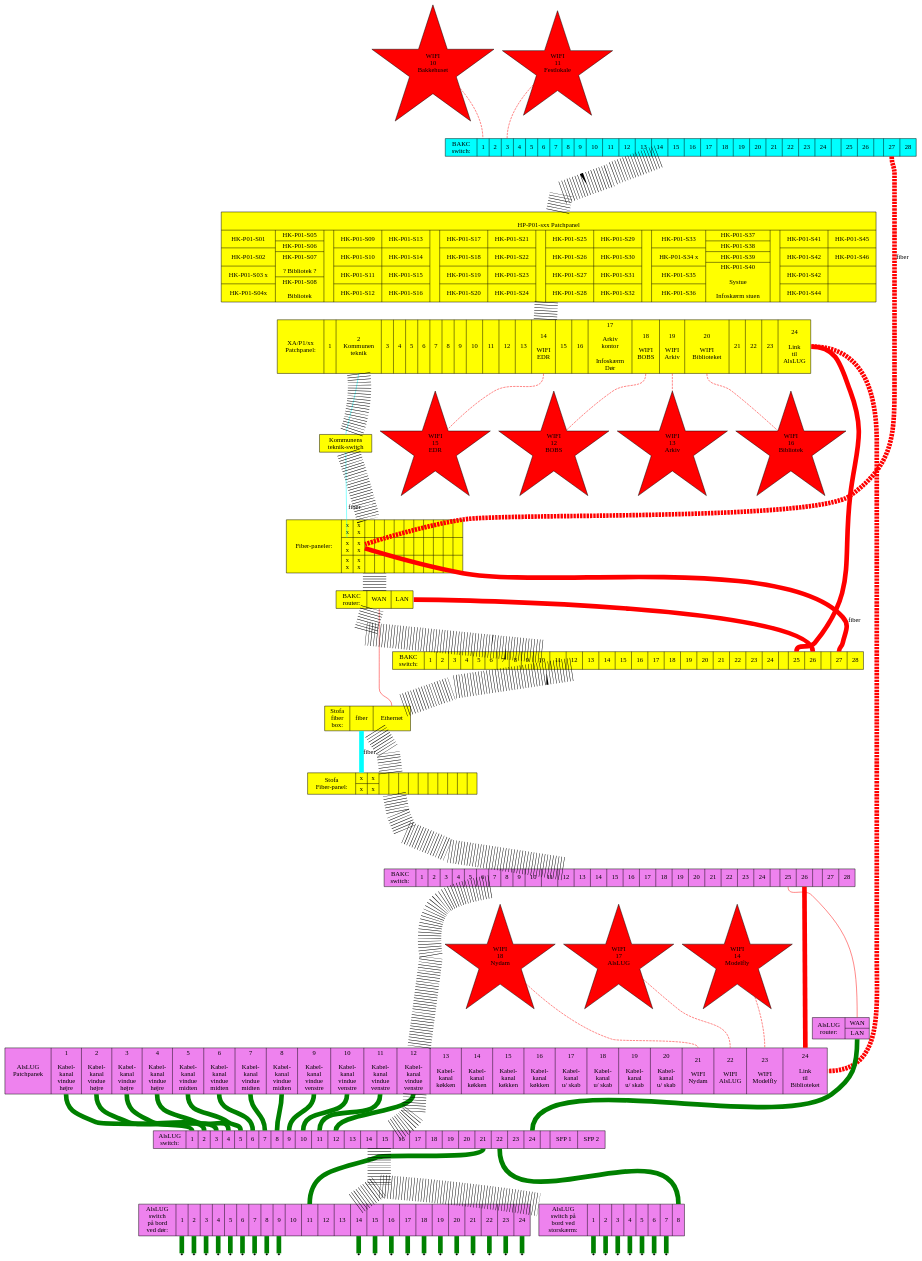
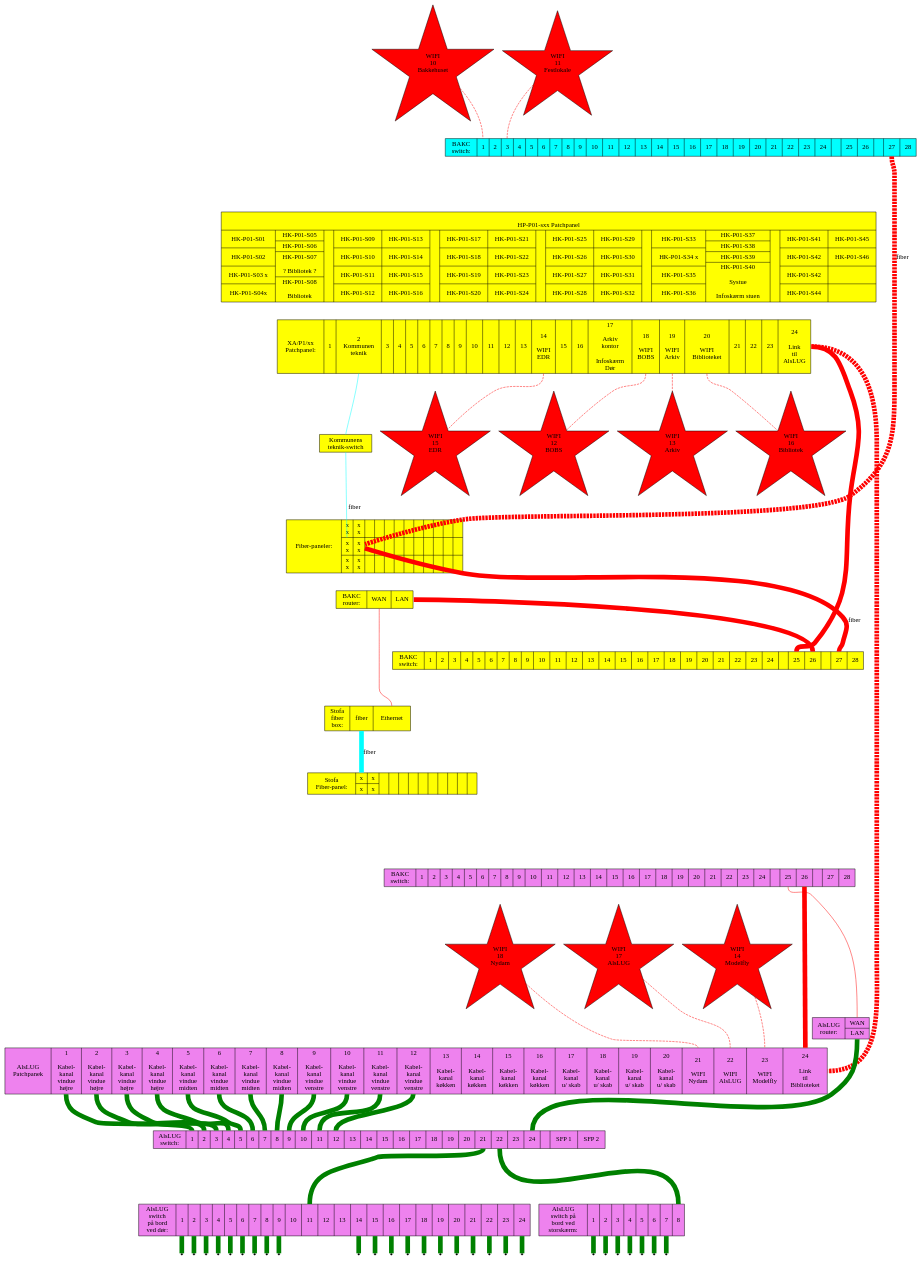
The diagram in projekter/patch-paneler.dot (alslug/alslug.dk), drawn with Graphviz before and after one commit.

```diff
--- a/projekter/patch-paneler.dot
+++ b/projekter/patch-paneler.dot
@@ -410,8 +410,8 @@
  
 
   
-  node [ shape=point color=invis ];
-  edge [ color=black penwidth=50 style=dotted ];
+  node [ color=invis shape=point ];
+  edge [ color=invis penwidth=50 style=dotted ];
   bakc_festlokale_switch
 		-> _10 -> _9 ->
   	hk_p01 -> xa_p1 -> kommunens_teknikswitch -> bib_fiberpaneler_1 -> bakc_router -> _8 -> bakc_bib_switch -> _7 -> stofa_box -> _6 -> stofa_fiberpanel
```
